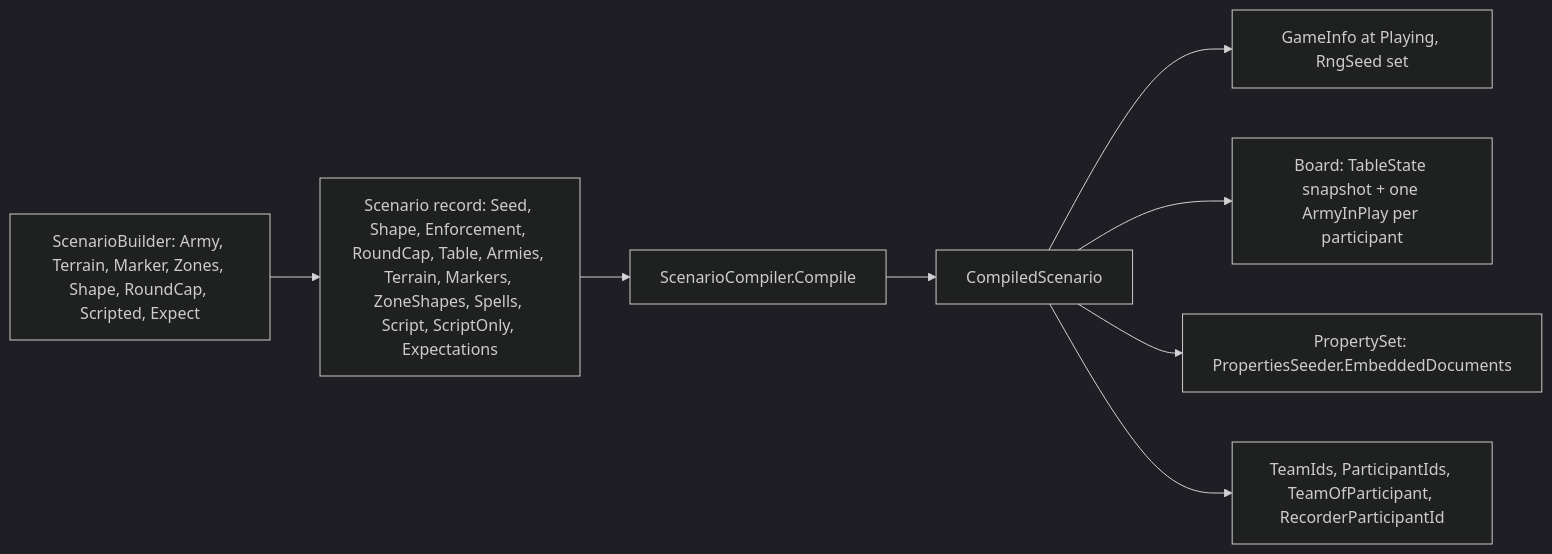
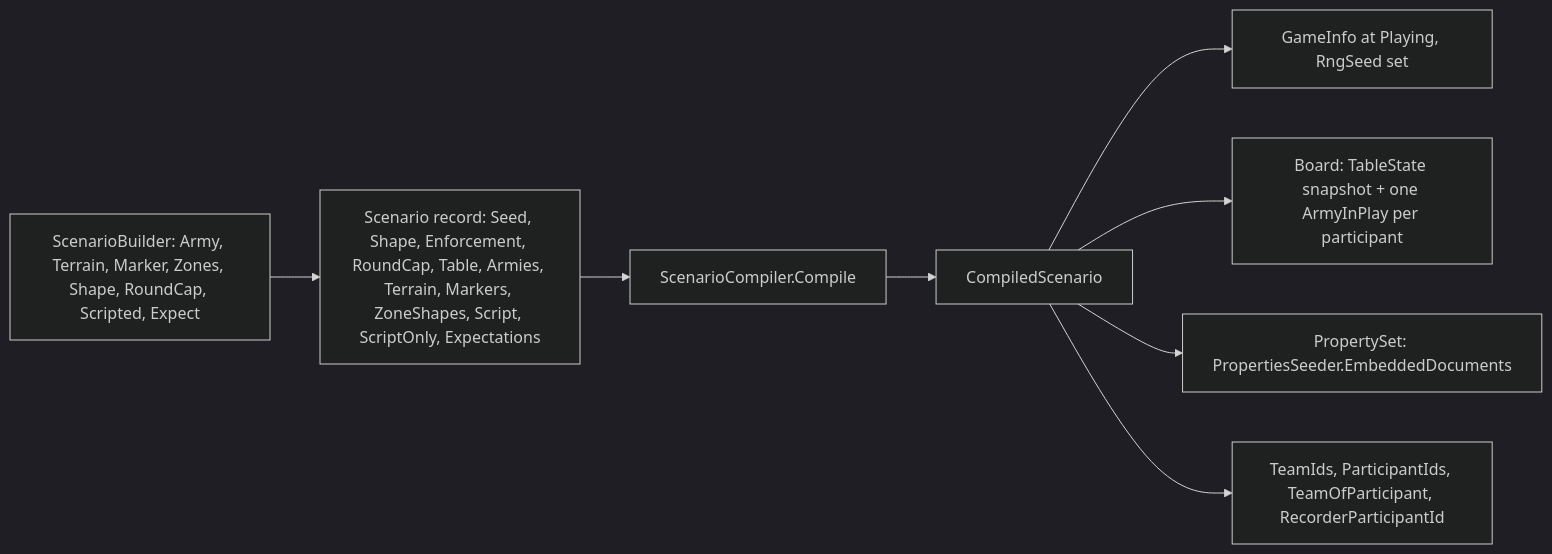
Before and after one commit to cstupi/tabletop: the second of 11 diagrams in docs/design/simulation/design.md, drawn with Mermaid (dark theme). The commit also changed other lines of this file and 17 other files, not shown here.

First line of the commit message:
Reconcile schema and interpreter docs with the spell-library build

````diff
--- a/docs/design/simulation/design.md
+++ b/docs/design/simulation/design.md
@@ -156,17 +156,17 @@
 ```mermaid
 flowchart LR
     Builder["ScenarioBuilder: Army, Terrain, Marker, Zones, Shape, RoundCap, Scripted, Expect"]
-    Scenario["Scenario record: Seed, Shape, Enforcement, RoundCap, Table, Armies, Terrain, Markers, ZoneShapes, Spells, Script, ScriptOnly, Expectations"]
+    Scenario["Scenario record: Seed, Shape, Enforcement, RoundCap, Table, Armies, Terrain, Markers, ZoneShapes, Script, ScriptOnly, Expectations"]
     Compiler["ScenarioCompiler.Compile"]
     Compiled["CompiledScenario"]
     Info["GameInfo at Playing, RngSeed set"]
     Board["Board: TableState snapshot + one ArmyInPlay per participant"]
     Props["PropertySet: PropertiesSeeder.EmbeddedDocuments"]
     Ids["TeamIds, ParticipantIds, TeamOfParticipant, RecorderParticipantId"]
 
     Builder --> Scenario --> Compiler --> Compiled
     Compiled --> Info
     Compiled --> Board
     Compiled --> Props
     Compiled --> Ids
 ```
````
